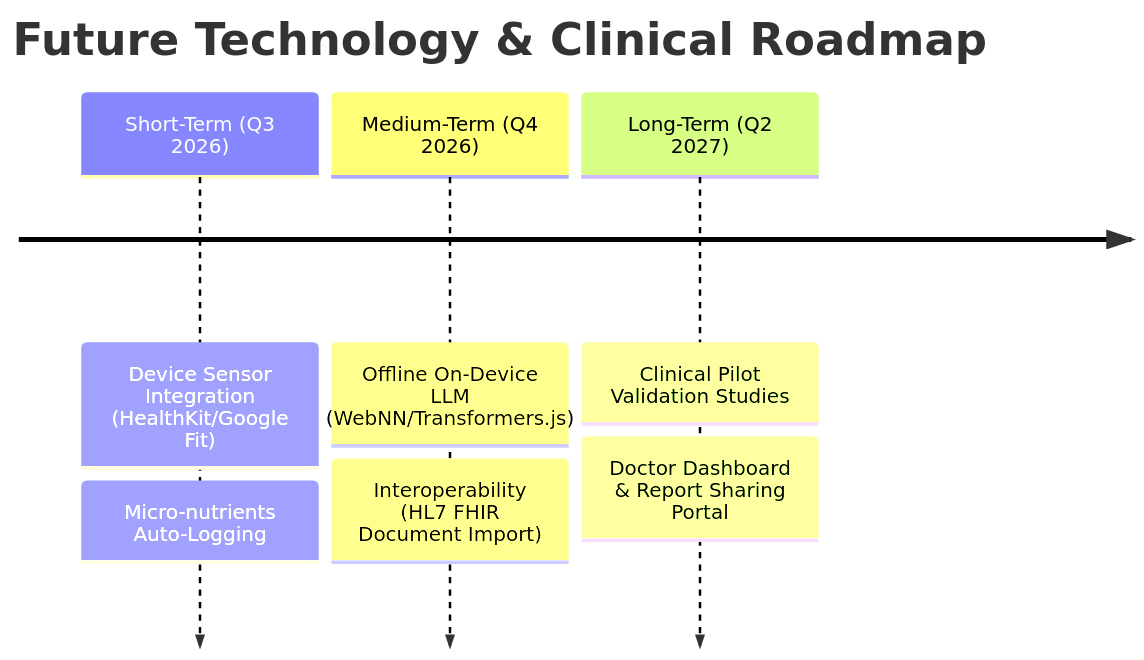
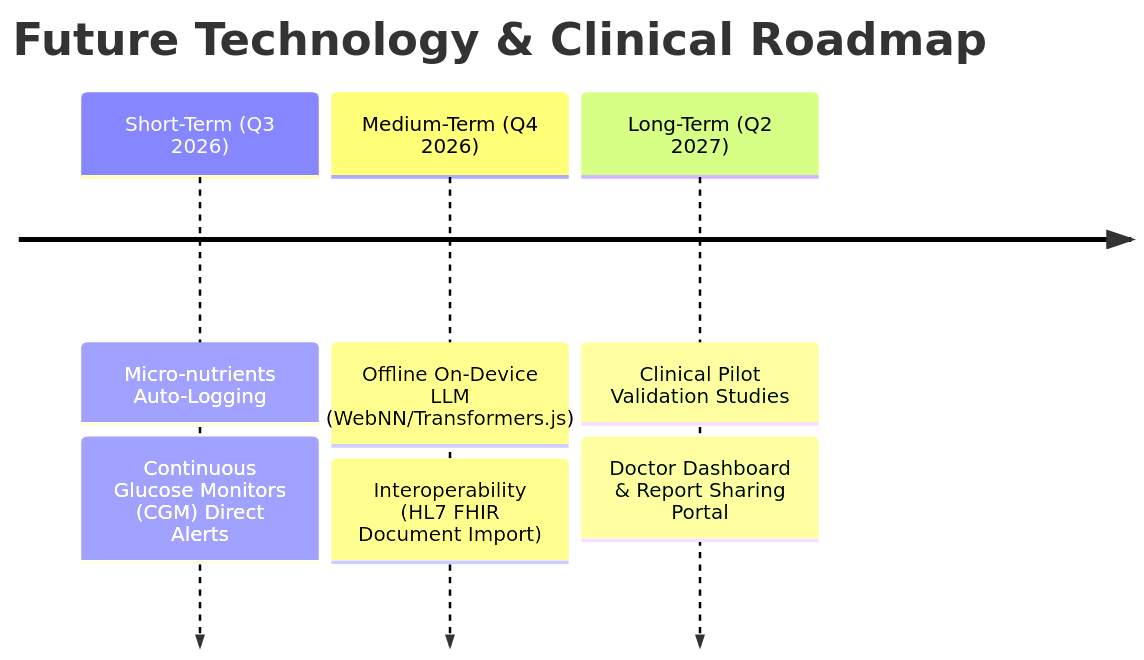
One commit to fadioweidat/NutriScan-AI changed the diagram in roadmap.md. Above: the diagram before and after it, drawn with Mermaid. The commit also changed other lines of this file and 16 other files, not shown here.

````diff
--- a/roadmap.md
+++ b/roadmap.md
@@ -48,7 +55,7 @@
 ```mermaid
 timeline
     title Future Technology & Clinical Roadmap
-    Short-Term (Q3 2026) : Device Sensor Integration (HealthKit/Google Fit) : Micro-nutrients Auto-Logging
+    Short-Term (Q3 2026) : Micro-nutrients Auto-Logging : Continuous Glucose Monitors (CGM) Direct Alerts
     Medium-Term (Q4 2026) : Offline On-Device LLM (WebNN/Transformers.js) : Interoperability (HL7 FHIR Document Import)
     Long-Term (Q2 2027) : Clinical Pilot Validation Studies : Doctor Dashboard & Report Sharing Portal
 ```
````
